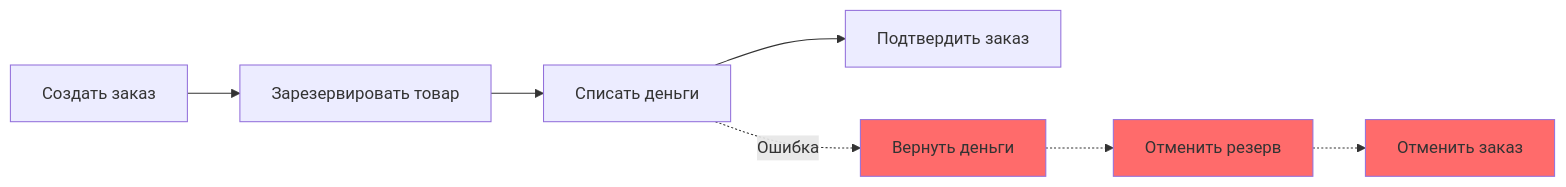
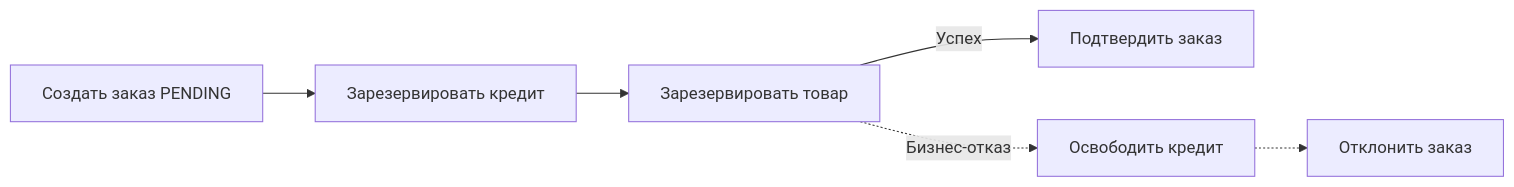
Before and after one commit to akeverus/cheat-sheet: the eighth of 8 diagrams in cheatsheets/interview/databases/database-transactions-interview.md, drawn with Mermaid. The commit also changed other lines of this file and 154 other files, not shown here.

````diff
--- a/cheatsheets/interview/databases/database-transactions-interview.md
+++ b/cheatsheets/interview/databases/database-transactions-interview.md
@@ -1141,14 +1105,8 @@
 ```mermaid
 graph LR
-    S1[Создать заказ] --> S2[Зарезервировать товар]
-    S2 --> S3[Списать деньги]
-    S3 --> S4[Подтвердить заказ]
-    
-    S3 -.->|Ошибка| C3[Вернуть деньги]
-    C3 -.-> C2[Отменить резерв]
-    C2 -.-> C1[Отменить заказ]
-    
-    style C1 fill:#ff6b6b
-    style C2 fill:#ff6b6b
-    style C3 fill:#ff6b6b
+    S1[Создать заказ PENDING] --> S2[Зарезервировать кредит]
+    S2 --> S3[Зарезервировать товар]
+    S3 -->|Успех| S4[Подтвердить заказ]
+    S3 -.->|Бизнес-отказ| C2[Освободить кредит]
+    C2 -.-> C1[Отклонить заказ]
 ```
````
